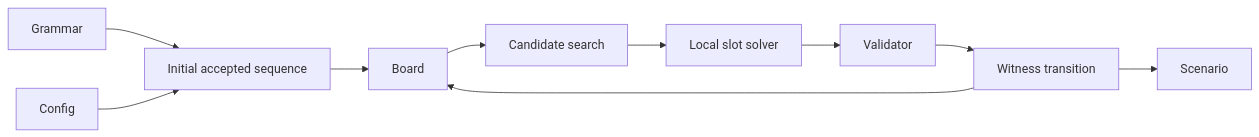
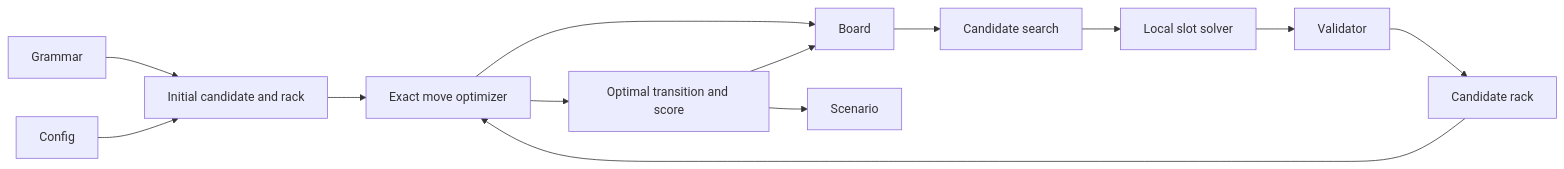
One commit to maximilian-armuss-dev/frabble changed the diagram in docs/generation/README.md. Above: the diagram before and after it, drawn with Mermaid. The commit also changed other lines of this file and 35 other files, not shown here.

Commit message:
+ Implement optimal move solver + Rename "witness" to "optimal move"

````diff
--- a/docs/generation/README.md
+++ b/docs/generation/README.md
@@ -7,12 +7,15 @@
 ```mermaid
 flowchart LR
-    Grammar --> Initial["Initial accepted sequence"]
+    Grammar --> Initial["Initial candidate and rack"]
     Config --> Initial
-    Initial --> Board
+    Initial --> Optimizer
+    Optimizer --> Board
     Board --> Search["Candidate search"]
     Search --> Solver["Local slot solver"]
     Solver --> Validator
-    Validator --> Transition["Witness transition"]
+    Validator --> Rack["Candidate rack"]
+    Rack --> Optimizer["Exact move optimizer"]
+    Optimizer --> Transition["Optimal transition and score"]
     Transition --> Board
     Transition --> Scenario
 ```
````
